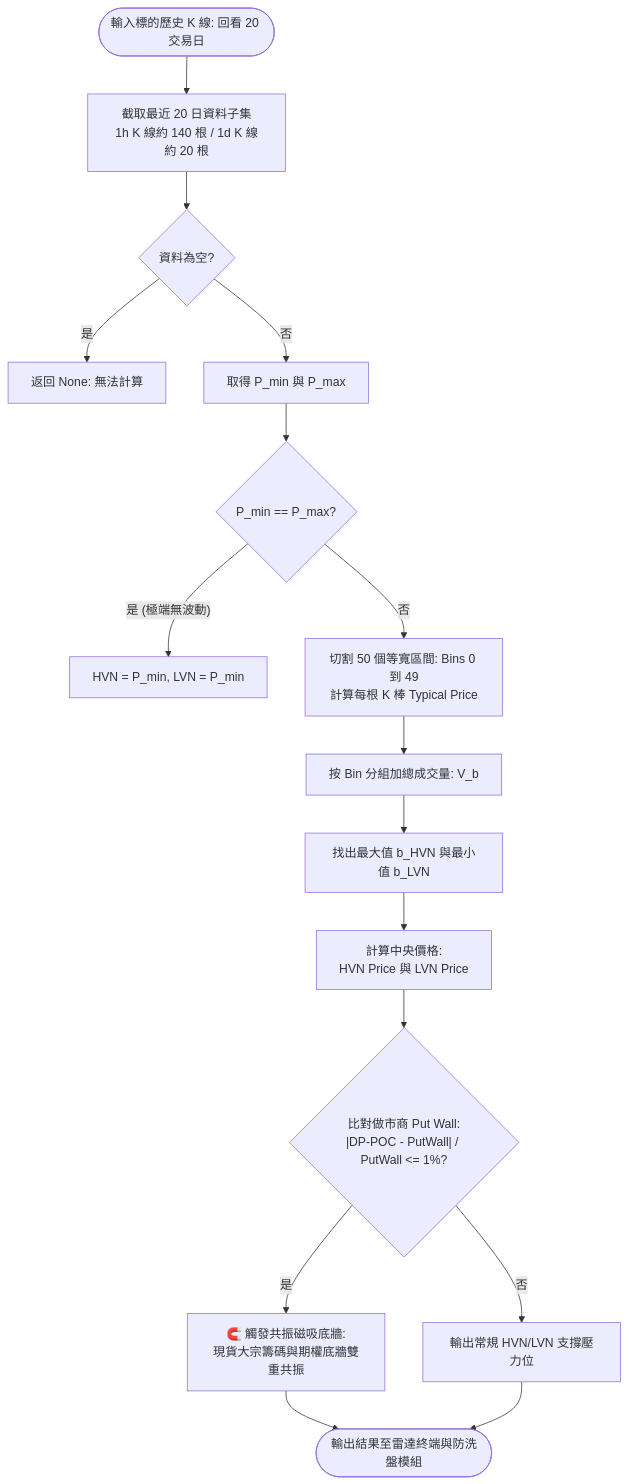
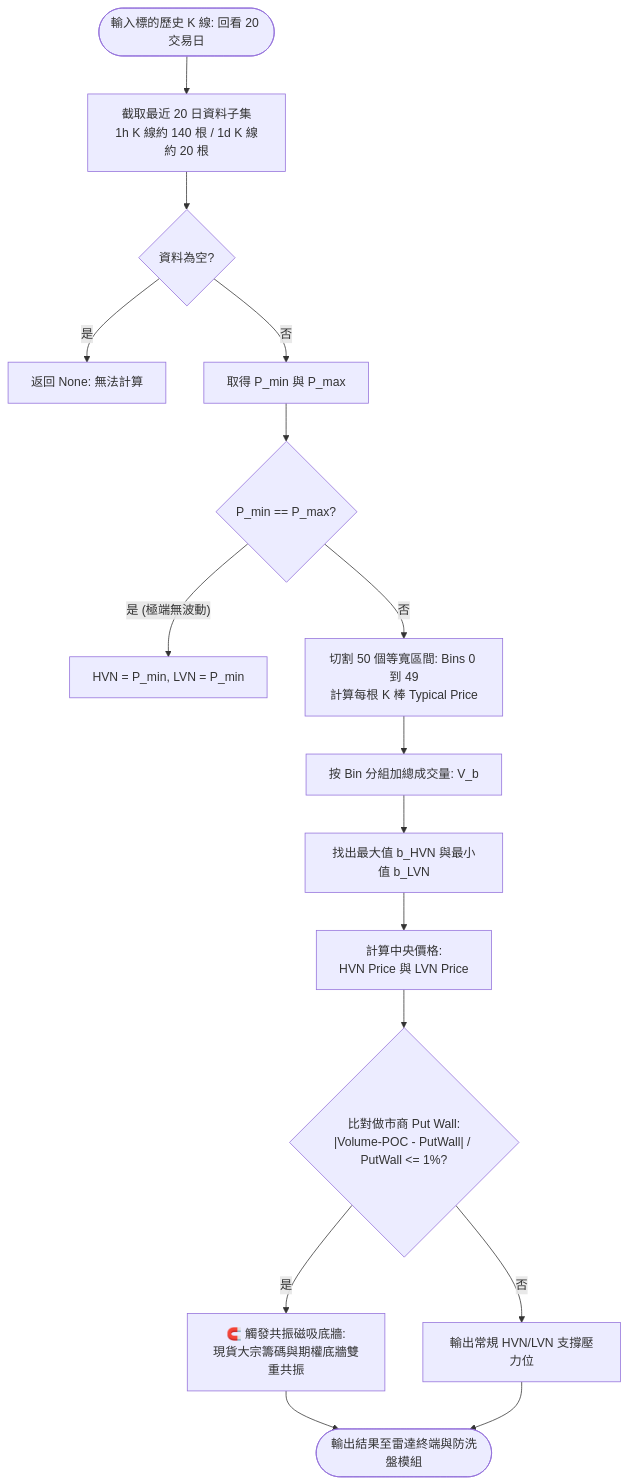
One commit to cosmo-chang-1701/nexus-seeker changed the diagram in docs/microstructure/05_volume_profile_and_dp_poc.md. Above: the diagram before and after it, drawn with Mermaid. The commit also changed other lines of this file and 21 other files, not shown here.

First line of the commit message:
refactor(microstructure): remove pseudo dark pool references and unify on volume-poc

````diff
--- a/docs/microstructure/05_volume_profile_and_dp_poc.md
+++ b/docs/microstructure/05_volume_profile_and_dp_poc.md
@@ -79,23 +77,23 @@
 ```mermaid
 flowchart TD
     Start([輸入標的歷史 K 線: 回看 20 交易日]) --> SubsetData["截取最近 20 日資料子集<br/>1h K 線約 140 根 / 1d K 線約 20 根"]
     SubsetData --> CheckEmpty{資料為空?}
     CheckEmpty -- 是 --> ReturnNone[返回 None: 無法計算]
 
     CheckEmpty -- 否 --> CalcExtremes[取得 P_min 與 P_max]
     CalcExtremes --> CheckDegenerate{P_min == P_max?}
     CheckDegenerate -- 是 (極端無波動) --> ReturnFlat[HVN = P_min, LVN = P_min]
 
     CheckDegenerate -- 否 --> Binning["切割 50 個等寬區間: Bins 0 到 49<br/>計算每根 K 棒 Typical Price"]
     Binning --> GroupSum[按 Bin 分組加總成交量: V_b]
 
     GroupSum --> FindPeaks[找出最大值 b_HVN 與最小值 b_LVN]
     FindPeaks --> CalcPrices["計算中央價格:<br/>HVN Price 與 LVN Price"]
 
-    CalcPrices --> PutWallComp{"比對做市商 Put Wall:<br/>|DP-POC - PutWall| / PutWall <= 1%?"}
+    CalcPrices --> PutWallComp{"比對做市商 Put Wall:<br/>|Volume-POC - PutWall| / PutWall <= 1%?"}
     PutWallComp -- 是 --> MarkResonance["🧲 觸發共振磁吸底牆:<br/>現貨大宗籌碼與期權底牆雙重共振"]
     PutWallComp -- 否 --> NormalProfile[輸出常規 HVN/LVN 支撐壓力位]
 
     MarkResonance --> End([輸出結果至雷達終端與防洗盤模組])
     NormalProfile --> End
 ```
````
